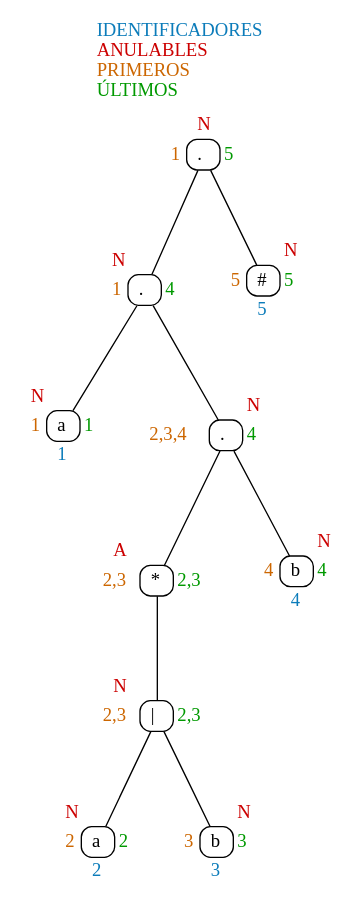
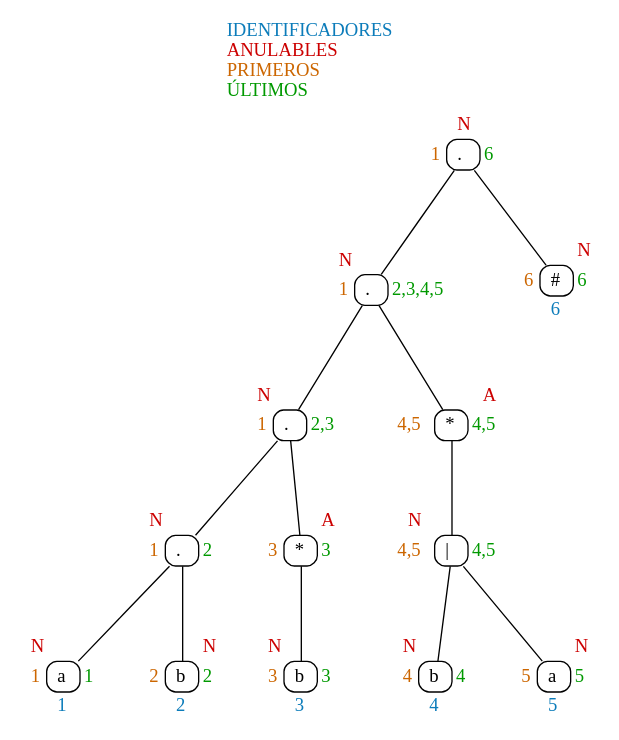
One commit to bryan967132/OLC1_Proyecto1_201908355 changed the diagram in Dot/Expresion2.dot. Above: the diagram before and after it, drawn with Graphviz. The commit also changed 2 other files, not shown here.

```diff
--- a/Dot/Expresion2.dot
+++ b/Dot/Expresion2.dot
@@ -1,25 +1,31 @@
 digraph Tree {
 	graph[fontname="Consolas" labelloc=t];
 	node[shape = plaintext fontname="Consolas"];
 	edge[dir = none];
 	label=<<font color="#0C7CBA">IDENTIFICADORES</font><br align="left"/><font color="#CC0000">ANULABLES</font><br align="left"/><font color="#CC6600">PRIMEROS</font><br align="left"/><font color="#009900">ÚLTIMOS</font><br align="left"/>>;
-	node9[label=<<table border="0" cellspacing="0" cellpadding="3"><tr><td></td><td><font color="#CC0000">N</font></td><td></td></tr><tr><td><font color="#CC6600">1</font></td><td border="1" style="rounded" port="p9" width="25">.</td><td><font color="#009900">5</font></td></tr><tr><td></td><td></td><td></td></tr></table>>];
-	node8[label=<<table border="0" cellspacing="0" cellpadding="3"><tr><td><font color="#CC0000">N</font></td><td></td><td></td></tr><tr><td><font color="#CC6600">1</font></td><td border="1" style="rounded" port="p8" width="25">.</td><td><font color="#009900">4</font></td></tr><tr><td></td><td></td><td></td></tr></table>>];
-	node7[label=<<table border="0" cellspacing="0" cellpadding="3"><tr><td><font color="#CC0000">N</font></td><td></td><td></td></tr><tr><td><font color="#CC6600">1</font></td><td border="1" style="rounded" port="p7" width="25">a</td><td><font color="#009900">1</font></td></tr><tr><td></td><td><font color="#0C7CBA">1</font></td><td></td></tr></table>>];
-	node8:p8 -> node7:p7;
-	node6[label=<<table border="0" cellspacing="0" cellpadding="3"><tr><td></td><td></td><td><font color="#CC0000">N</font></td></tr><tr><td><font color="#CC6600">2,3,4</font></td><td border="1" style="rounded" port="p6" width="25">.</td><td><font color="#009900">4</font></td></tr><tr><td></td><td></td><td></td></tr></table>>];
-	node5[label=<<table border="0" cellspacing="0" cellpadding="3"><tr><td><font color="#CC0000">A</font></td><td></td><td></td></tr><tr><td><font color="#CC6600">2,3</font></td><td border="1" style="rounded" port="p5" width="25">*</td><td><font color="#009900">2,3</font></td></tr><tr><td></td><td></td><td></td></tr></table>>];
-	node4[label=<<table border="0" cellspacing="0" cellpadding="3"><tr><td><font color="#CC0000">N</font></td><td></td><td></td></tr><tr><td><font color="#CC6600">2,3</font></td><td border="1" style="rounded" port="p4" width="25">|</td><td><font color="#009900">2,3</font></td></tr><tr><td></td><td></td><td></td></tr></table>>];
-	node3[label=<<table border="0" cellspacing="0" cellpadding="3"><tr><td><font color="#CC0000">N</font></td><td></td><td></td></tr><tr><td><font color="#CC6600">2</font></td><td border="1" style="rounded" port="p3" width="25">a</td><td><font color="#009900">2</font></td></tr><tr><td></td><td><font color="#0C7CBA">2</font></td><td></td></tr></table>>];
+	node12[label=<<table border="0" cellspacing="0" cellpadding="3"><tr><td></td><td><font color="#CC0000">N</font></td><td></td></tr><tr><td><font color="#CC6600">1</font></td><td border="1" style="rounded" port="p12" width="25">.</td><td><font color="#009900">6</font></td></tr><tr><td></td><td></td><td></td></tr></table>>];
+	node11[label=<<table border="0" cellspacing="0" cellpadding="3"><tr><td><font color="#CC0000">N</font></td><td></td><td></td></tr><tr><td><font color="#CC6600">1</font></td><td border="1" style="rounded" port="p11" width="25">.</td><td><font color="#009900">2,3,4,5</font></td></tr><tr><td></td><td></td><td></td></tr></table>>];
+	node10[label=<<table border="0" cellspacing="0" cellpadding="3"><tr><td><font color="#CC0000">N</font></td><td></td><td></td></tr><tr><td><font color="#CC6600">1</font></td><td border="1" style="rounded" port="p10" width="25">.</td><td><font color="#009900">2,3</font></td></tr><tr><td></td><td></td><td></td></tr></table>>];
+	node9[label=<<table border="0" cellspacing="0" cellpadding="3"><tr><td><font color="#CC0000">N</font></td><td></td><td></td></tr><tr><td><font color="#CC6600">1</font></td><td border="1" style="rounded" port="p9" width="25">.</td><td><font color="#009900">2</font></td></tr><tr><td></td><td></td><td></td></tr></table>>];
+	node8[label=<<table border="0" cellspacing="0" cellpadding="3"><tr><td><font color="#CC0000">N</font></td><td></td><td></td></tr><tr><td><font color="#CC6600">1</font></td><td border="1" style="rounded" port="p8" width="25">a</td><td><font color="#009900">1</font></td></tr><tr><td></td><td><font color="#0C7CBA">1</font></td><td></td></tr></table>>];
+	node9:p9 -> node8:p8;
+	node7[label=<<table border="0" cellspacing="0" cellpadding="3"><tr><td></td><td></td><td><font color="#CC0000">N</font></td></tr><tr><td><font color="#CC6600">2</font></td><td border="1" style="rounded" port="p7" width="25">b</td><td><font color="#009900">2</font></td></tr><tr><td></td><td><font color="#0C7CBA">2</font></td><td></td></tr></table>>];
+	node9:p9 -> node7:p7;
+	node10:p10 -> node9:p9;
+	node6[label=<<table border="0" cellspacing="0" cellpadding="3"><tr><td></td><td></td><td><font color="#CC0000">A</font></td></tr><tr><td><font color="#CC6600">3</font></td><td border="1" style="rounded" port="p6" width="25">*</td><td><font color="#009900">3</font></td></tr><tr><td></td><td></td><td></td></tr></table>>];
+	node5[label=<<table border="0" cellspacing="0" cellpadding="3"><tr><td><font color="#CC0000">N</font></td><td></td><td></td></tr><tr><td><font color="#CC6600">3</font></td><td border="1" style="rounded" port="p5" width="25">b</td><td><font color="#009900">3</font></td></tr><tr><td></td><td><font color="#0C7CBA">3</font></td><td></td></tr></table>>];
+	node6:p6 -> node5:p5;
+	node10:p10 -> node6:p6;
+	node11:p11 -> node10:p10;
+	node4[label=<<table border="0" cellspacing="0" cellpadding="3"><tr><td></td><td></td><td><font color="#CC0000">A</font></td></tr><tr><td><font color="#CC6600">4,5</font></td><td border="1" style="rounded" port="p4" width="25">*</td><td><font color="#009900">4,5</font></td></tr><tr><td></td><td></td><td></td></tr></table>>];
+	node3[label=<<table border="0" cellspacing="0" cellpadding="3"><tr><td><font color="#CC0000">N</font></td><td></td><td></td></tr><tr><td><font color="#CC6600">4,5</font></td><td border="1" style="rounded" port="p3" width="25">|</td><td><font color="#009900">4,5</font></td></tr><tr><td></td><td></td><td></td></tr></table>>];
+	node2[label=<<table border="0" cellspacing="0" cellpadding="3"><tr><td><font color="#CC0000">N</font></td><td></td><td></td></tr><tr><td><font color="#CC6600">4</font></td><td border="1" style="rounded" port="p2" width="25">b</td><td><font color="#009900">4</font></td></tr><tr><td></td><td><font color="#0C7CBA">4</font></td><td></td></tr></table>>];
+	node3:p3 -> node2:p2;
+	node1[label=<<table border="0" cellspacing="0" cellpadding="3"><tr><td></td><td></td><td><font color="#CC0000">N</font></td></tr><tr><td><font color="#CC6600">5</font></td><td border="1" style="rounded" port="p1" width="25">a</td><td><font color="#009900">5</font></td></tr><tr><td></td><td><font color="#0C7CBA">5</font></td><td></td></tr></table>>];
+	node3:p3 -> node1:p1;
 	node4:p4 -> node3:p3;
-	node2[label=<<table border="0" cellspacing="0" cellpadding="3"><tr><td></td><td></td><td><font color="#CC0000">N</font></td></tr><tr><td><font color="#CC6600">3</font></td><td border="1" style="rounded" port="p2" width="25">b</td><td><font color="#009900">3</font></td></tr><tr><td></td><td><font color="#0C7CBA">3</font></td><td></td></tr></table>>];
-	node4:p4 -> node2:p2;
-	node5:p5 -> node4:p4;
-	node6:p6 -> node5:p5;
-	node1[label=<<table border="0" cellspacing="0" cellpadding="3"><tr><td></td><td></td><td><font color="#CC0000">N</font></td></tr><tr><td><font color="#CC6600">4</font></td><td border="1" style="rounded" port="p1" width="25">b</td><td><font color="#009900">4</font></td></tr><tr><td></td><td><font color="#0C7CBA">4</font></td><td></td></tr></table>>];
-	node6:p6 -> node1:p1;
-	node8:p8 -> node6:p6;
-	node9:p9 -> node8:p8;
-	node0[label=<<table border="0" cellspacing="0" cellpadding="3"><tr><td></td><td></td><td><font color="#CC0000">N</font></td></tr><tr><td><font color="#CC6600">5</font></td><td border="1" style="rounded" port="p0" width="25">#</td><td><font color="#009900">5</font></td></tr><tr><td></td><td><font color="#0C7CBA">5</font></td><td></td></tr></table>>];
-	node9:p9 -> node0:p0;
+	node11:p11 -> node4:p4;
+	node12:p12 -> node11:p11;
+	node0[label=<<table border="0" cellspacing="0" cellpadding="3"><tr><td></td><td></td><td><font color="#CC0000">N</font></td></tr><tr><td><font color="#CC6600">6</font></td><td border="1" style="rounded" port="p0" width="25">#</td><td><font color="#009900">6</font></td></tr><tr><td></td><td><font color="#0C7CBA">6</font></td><td></td></tr></table>>];
+	node12:p12 -> node0:p0;
 }
```
